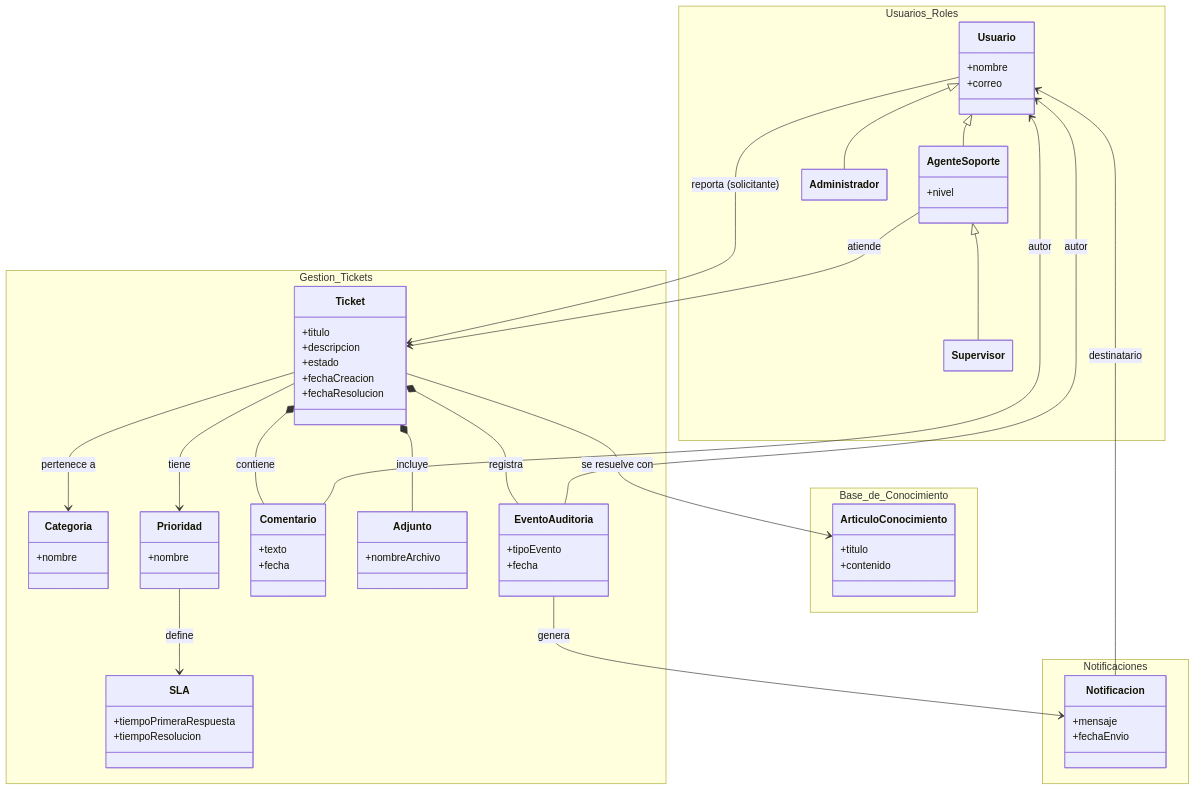
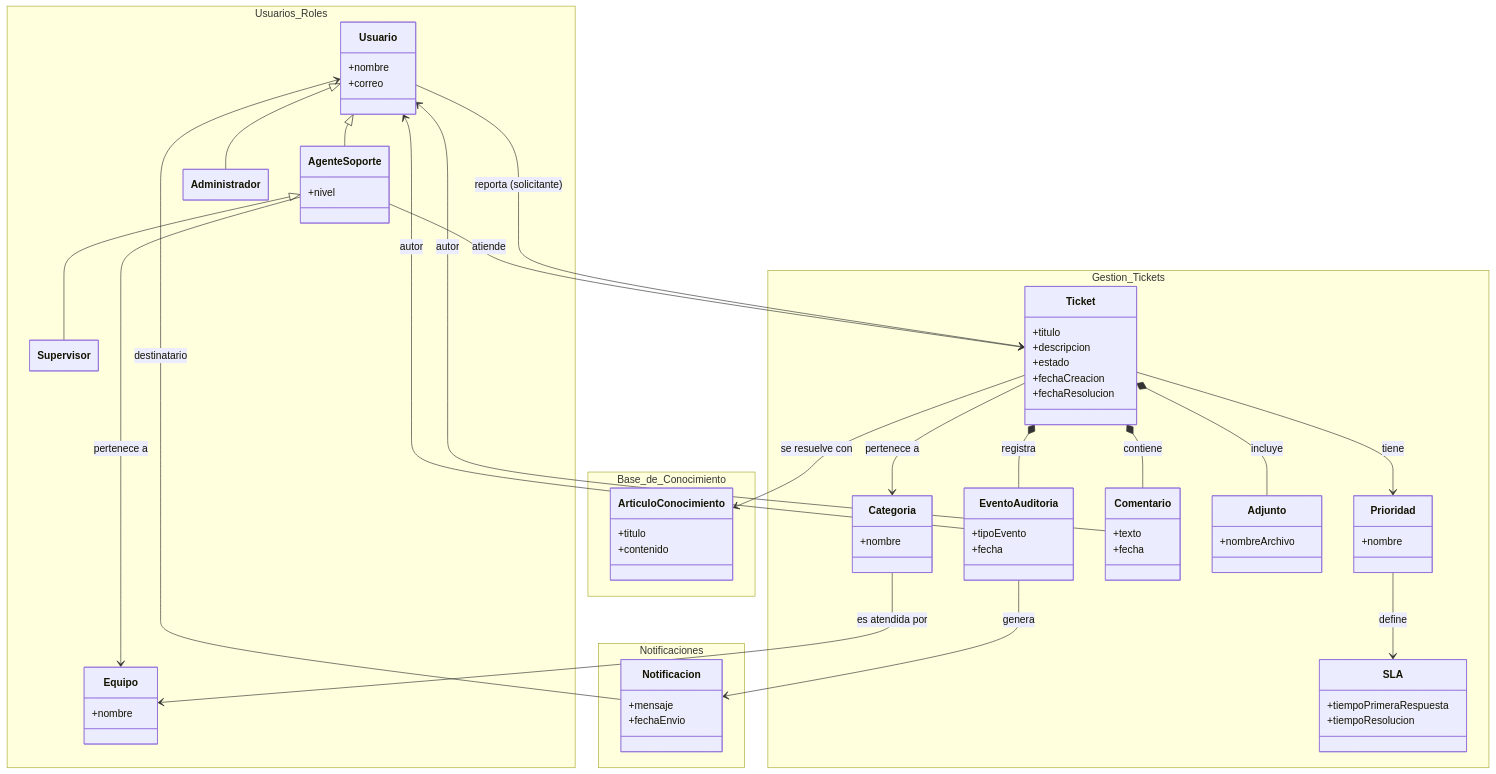
Before and after one commit to Dievex/01-HelpDesk: the diagram in docs/01-fase-inicio/modelo-dominio/diagrama-clases.md, drawn with Mermaid. The commit also changed other lines of this file and 1 other file, not shown here.

Commit message:
Add clase Equipo class y actualizar las relaciones en el diagrama de clases para mayor claridad y coherencia

```diff
--- a/docs/01-fase-inicio/modelo-dominio/diagrama-clases.md
+++ b/docs/01-fase-inicio/modelo-dominio/diagrama-clases.md
@@ -15,6 +15,9 @@
         }
         class Supervisor
         class Administrador
+        class Equipo {
+            +nombre
+        }
     }
 
     namespace Gestion_Tickets {
@@ -68,9 +71,11 @@
 
     Usuario  -->  Ticket : reporta (solicitante)
     AgenteSoporte  -->  Ticket : atiende
+    AgenteSoporte  -->  Equipo : pertenece a
     Ticket  -->  Categoria : pertenece a
     Ticket  -->  Prioridad : tiene
     Prioridad  -->  SLA : define
+    Categoria  -->  Equipo : es atendida por
 
     Ticket  *--  Comentario : contiene
     Ticket  *--  Adjunto : incluye
```
